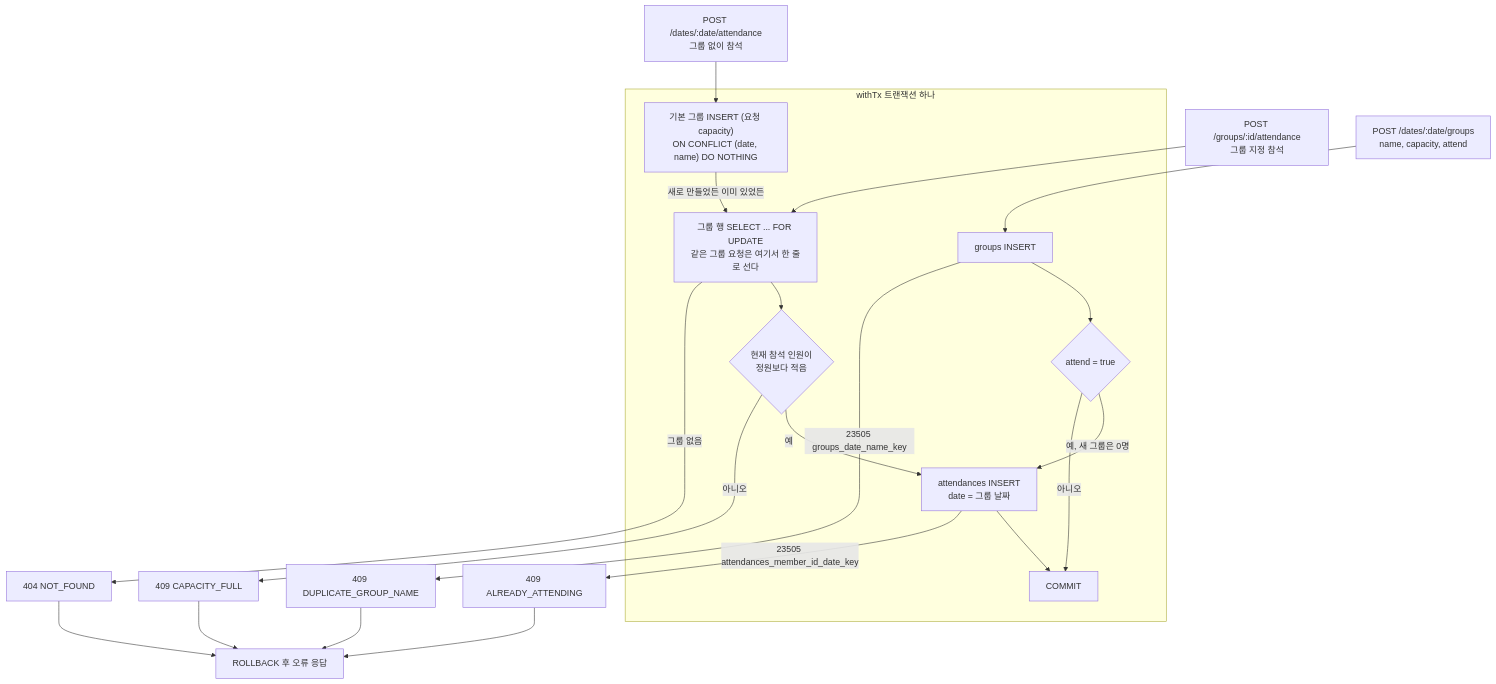
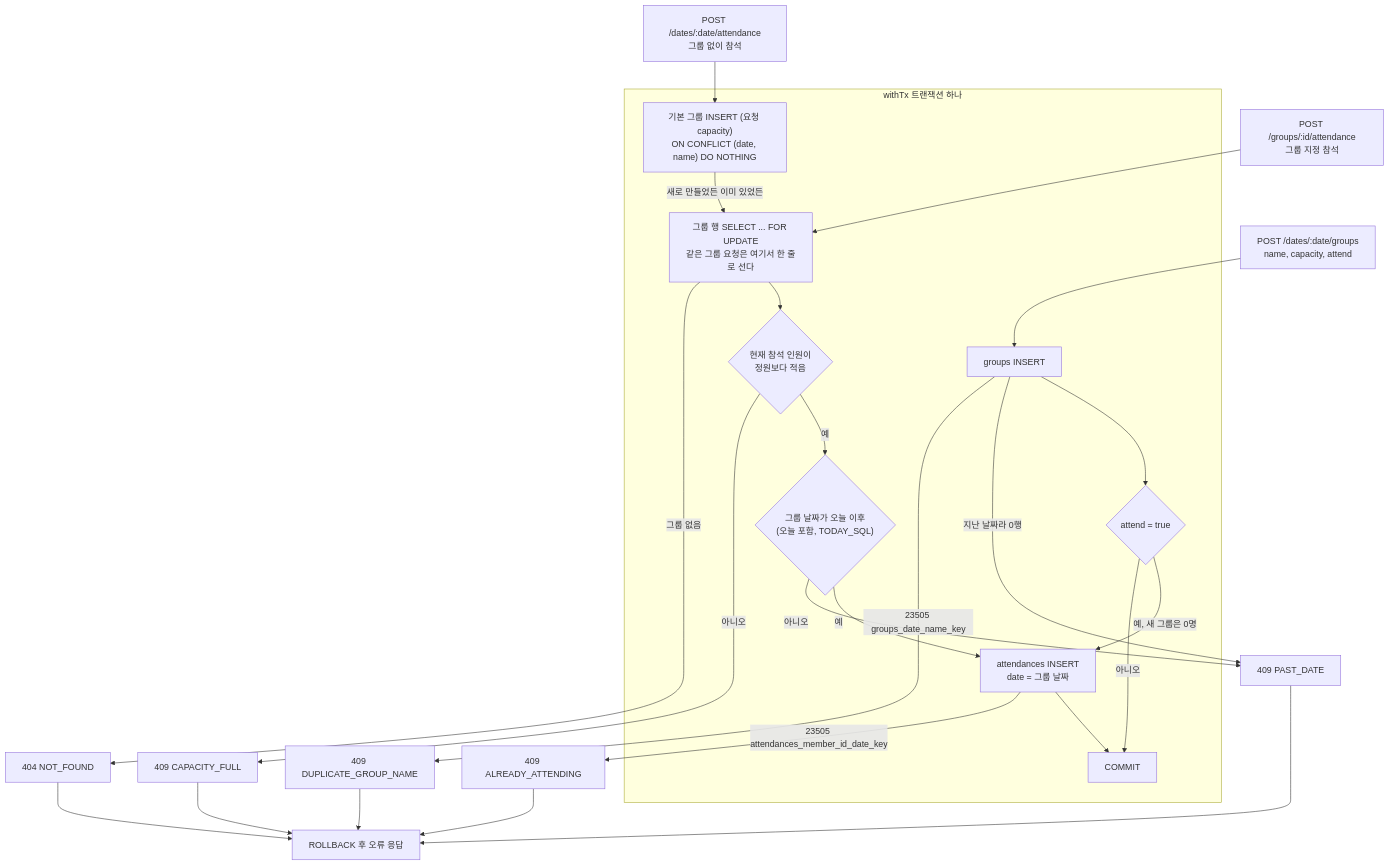
Before and after one commit to uokevin-hash/cal-todo: the fifth of 7 diagrams in docs/6-arch-diagram.md, drawn with Mermaid. The commit also changed other lines of this file and 12 other files, not shown here.

````diff
--- a/docs/6-arch-diagram.md
+++ b/docs/6-arch-diagram.md
@@ -177,36 +187,41 @@
 ```mermaid
 flowchart TD
     E1["POST /groups/:id/attendance<br/>그룹 지정 참석"]
     E2["POST /dates/:date/attendance<br/>그룹 없이 참석"]
     E3["POST /dates/:date/groups<br/>name, capacity, attend"]
 
     subgraph TX["withTx 트랜잭션 하나"]
         D1["기본 그룹 INSERT (요청 capacity)<br/>ON CONFLICT (date, name) DO NOTHING"]
         L1["그룹 행 SELECT ... FOR UPDATE<br/>같은 그룹 요청은 여기서 한 줄로 선다"]
         CNT{"현재 참석 인원이<br/>정원보다 적음"}
+        PD{"그룹 날짜가 오늘 이후<br/>(오늘 포함, TODAY_SQL)"}
         G1["groups INSERT"]
         AT{"attend = true"}
         INS["attendances INSERT<br/>date = 그룹 날짜"]
         CM["COMMIT"]
     end
 
     E1 --> L1
     E2 --> D1
     D1 -->|"새로 만들었든 이미 있었든"| L1
     L1 -->|"그룹 없음"| NF["404 NOT_FOUND"]
     L1 --> CNT
     CNT -->|"아니오"| FULL["409 CAPACITY_FULL"]
-    CNT -->|"예"| INS
+    CNT -->|"예"| PD
+    PD -->|"아니오"| PAST["409 PAST_DATE"]
+    PD -->|"예"| INS
     E3 --> G1
     G1 -->|"23505 groups_date_name_key"| DUP["409 DUPLICATE_GROUP_NAME"]
+    G1 -->|"지난 날짜라 0행"| PAST
     G1 --> AT
     AT -->|"아니오"| CM
     AT -->|"예, 새 그룹은 0명"| INS
     INS -->|"23505 attendances_member_id_date_key"| ALR["409 ALREADY_ATTENDING"]
     INS --> CM
 
     NF --> RB["ROLLBACK 후 오류 응답"]
     FULL --> RB
     DUP --> RB
     ALR --> RB
+    PAST --> RB
 ```
````
